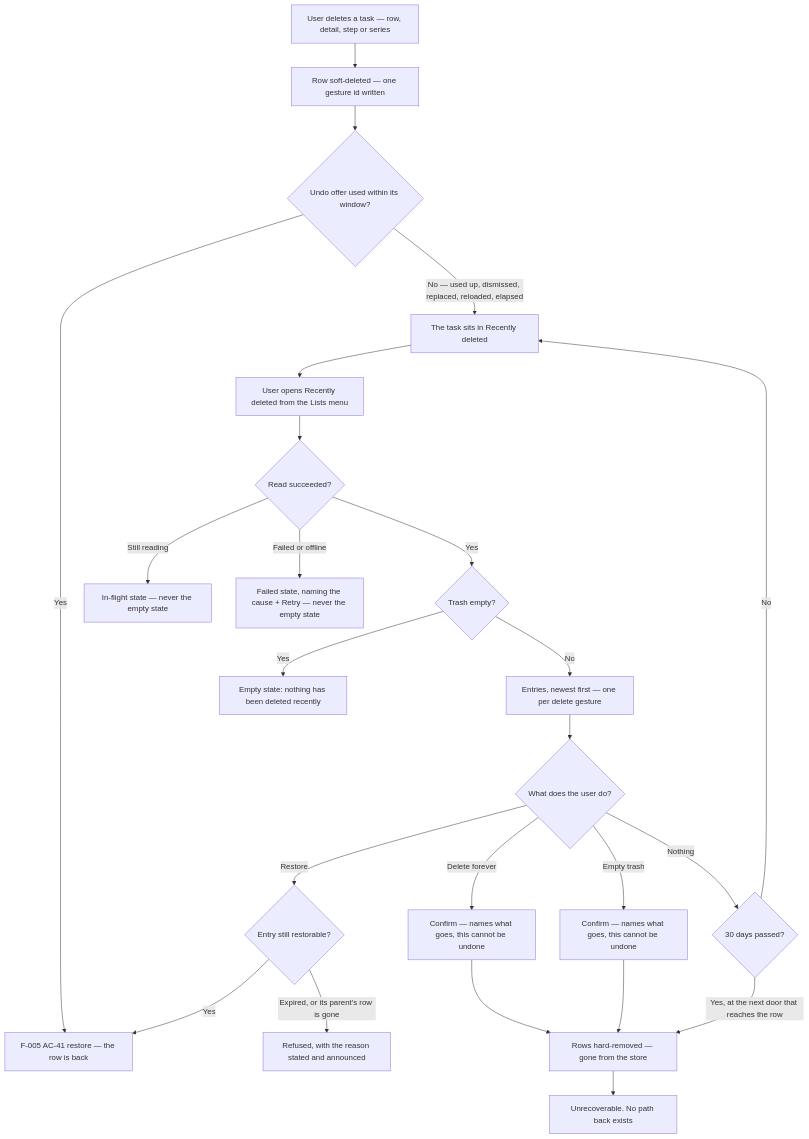
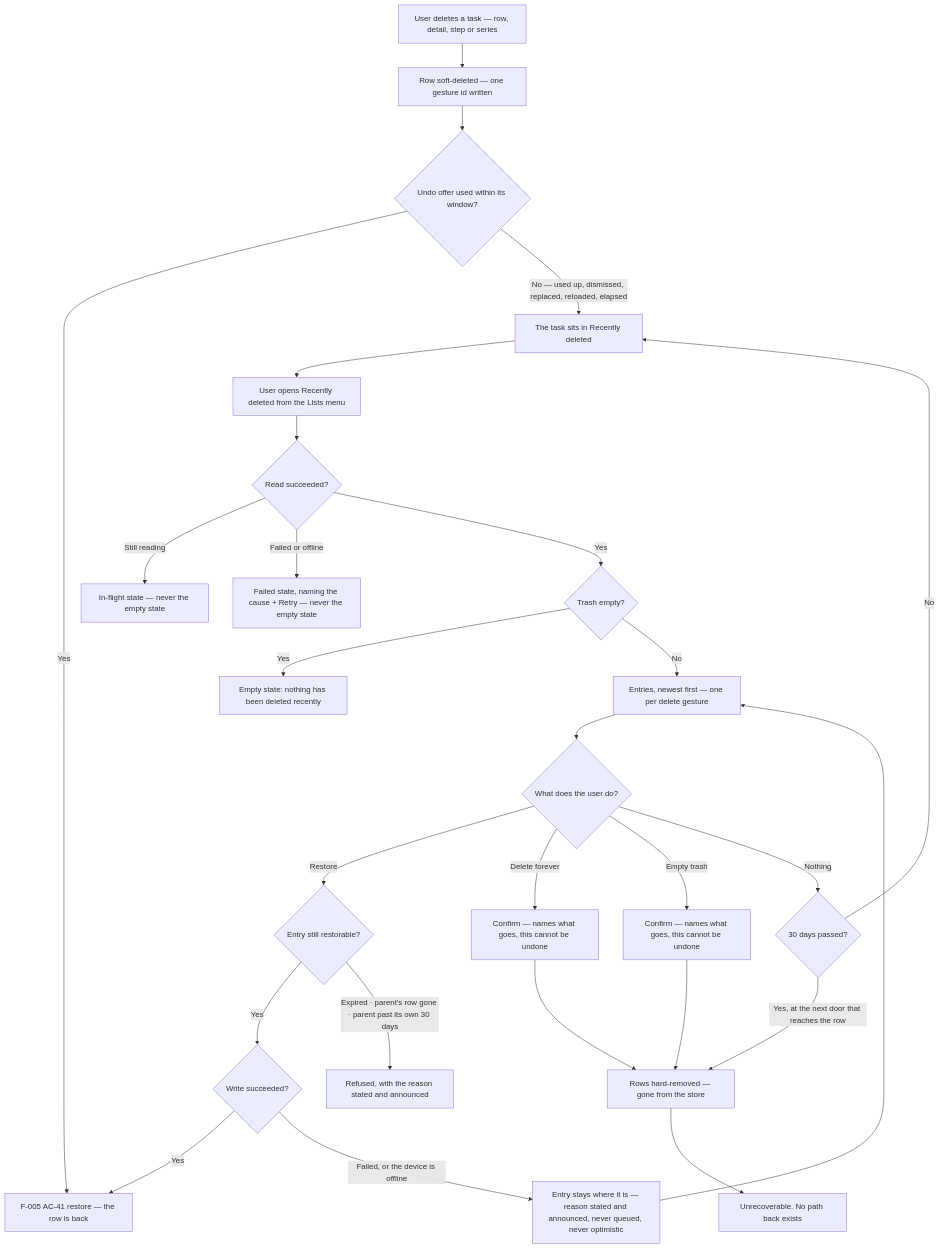
The first of 2 diagrams in docs/specs/assistant/F-006-recently-deleted.md (tandt53/todo-ai-redesign), drawn with Mermaid before and after one commit. The commit also changed other lines of this file and 6 other files, not shown here.

````diff
--- a/docs/specs/assistant/F-006-recently-deleted.md
+++ b/docs/specs/assistant/F-006-recently-deleted.md
@@ -132,26 +132,29 @@
 ```mermaid
 flowchart TD
     A[User deletes a task — row, detail, step or series] --> B[Row soft-deleted — one gesture id written]
     B --> C{Undo offer used within its window?}
     C -->|Yes| D[F-005 AC-41 restore — the row is back]
     C -->|No — used up, dismissed, replaced, reloaded, elapsed| E[The task sits in Recently deleted]
     E --> F[User opens Recently deleted from the Lists menu]
     F --> G{Read succeeded?}
     G -->|Still reading| G1[In-flight state — never the empty state]
     G -->|Failed or offline| G2[Failed state, naming the cause + Retry — never the empty state]
     G -->|Yes| H{Trash empty?}
     H -->|Yes| I[Empty state: nothing has been deleted recently]
     H -->|No| J[Entries, newest first — one per delete gesture]
     J --> K{What does the user do?}
     K -->|Restore| L{Entry still restorable?}
-    L -->|Yes| D
-    L -->|Expired, or its parent's row is gone| M[Refused, with the reason stated and announced]
+    L -->|Yes| L1{Write succeeded?}
+    L1 -->|Yes| D
+    L1 -->|Failed, or the device is offline| L2[Entry stays where it is — reason stated and announced, never queued, never optimistic]
+    L2 --> J
+    L -->|Expired · parent's row gone · parent past its own 30 days| M[Refused, with the reason stated and announced]
     K -->|Delete forever| N[Confirm — names what goes, this cannot be undone]
     K -->|Empty trash| O[Confirm — names what goes, this cannot be undone]
     K -->|Nothing| P{30 days passed?}
     N --> Q[Rows hard-removed — gone from the store]
     O --> Q
     P -->|Yes, at the next door that reaches the row| Q
     P -->|No| E
     Q --> R[Unrecoverable. No path back exists]
 ```
````
